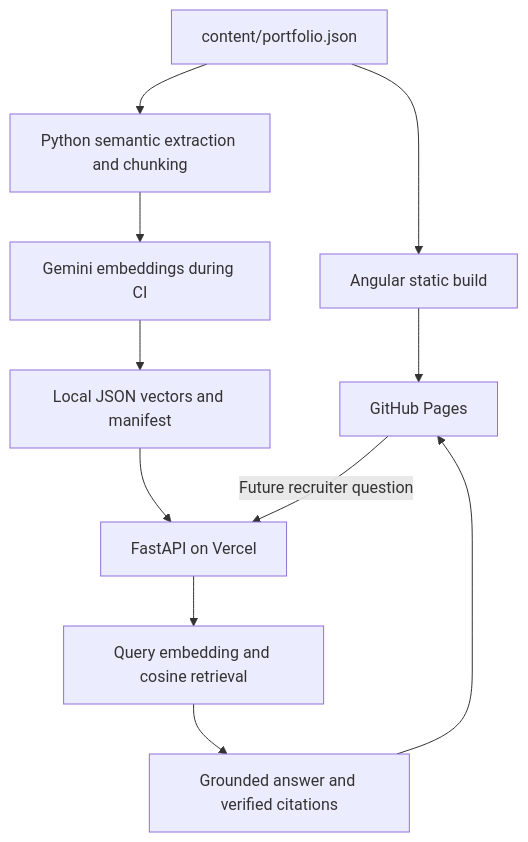
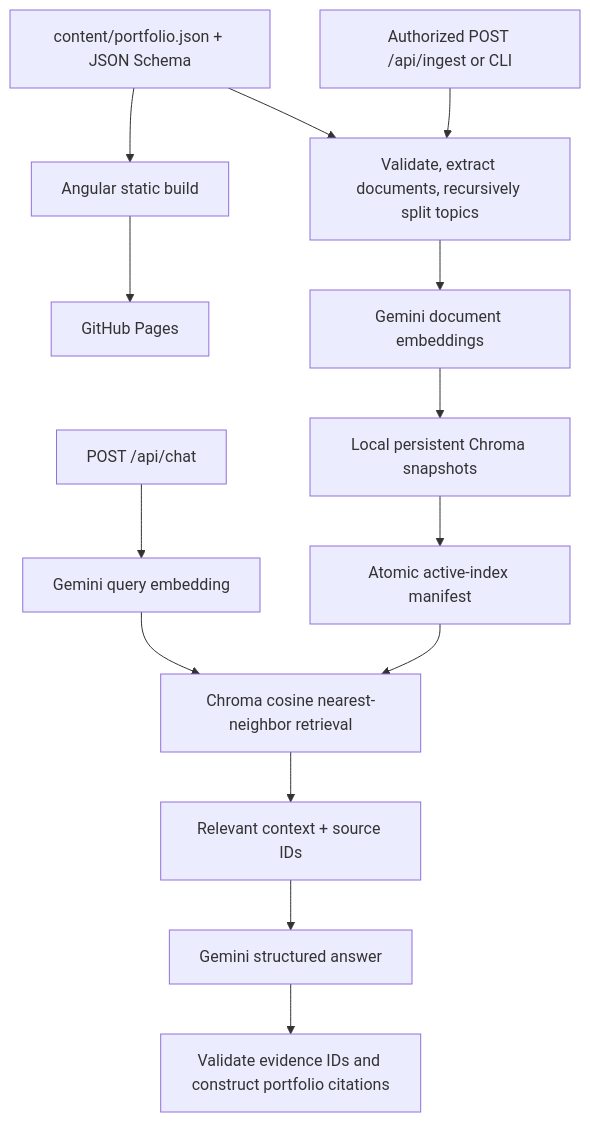
Before and after one commit to Hulk914/PortfolioWebApp: the diagram in docs/architecture.md, drawn with Mermaid. The commit also changed other lines of this file and 46 other files, not shown here.

First line of the commit message:
feat: add Gemini RAG backend and ingestion-gated Vercel deployment

````diff
--- a/docs/architecture.md
+++ b/docs/architecture.md
@@ -87,13 +72,16 @@
 ```mermaid
 flowchart TD
-    Content[content/portfolio.json] --> Angular[Angular static build]
+    Content[content/portfolio.json + JSON Schema] --> Angular[Angular static build]
     Angular --> Pages[GitHub Pages]
-    Content --> Ingest[Python semantic extraction and chunking]
-    Ingest --> Embed[Gemini embeddings during CI]
-    Embed --> Index[Local JSON vectors and manifest]
-    Index --> API[FastAPI on Vercel]
-    Pages -->|Future recruiter question| API
-    API --> Retrieval[Query embedding and cosine retrieval]
-    Retrieval --> Answer[Grounded answer and verified citations]
-    Answer --> Pages
+    Content --> Ingest[Validate, extract documents, recursively split topics]
+    Ingest --> Embed[Gemini document embeddings]
+    Embed --> Chroma[Local persistent Chroma snapshots]
+    Chroma --> Manifest[Atomic active-index manifest]
+    Question[POST /api/chat] --> Query[Gemini query embedding]
+    Query --> Retrieve[Chroma cosine nearest-neighbor retrieval]
+    Manifest --> Retrieve
+    Retrieve --> Context[Relevant context + source IDs]
+    Context --> Gemini[Gemini structured answer]
+    Gemini --> Citations[Validate evidence IDs and construct portfolio citations]
+    Owner[Authorized POST /api/ingest or CLI] --> Ingest
 ```
````
